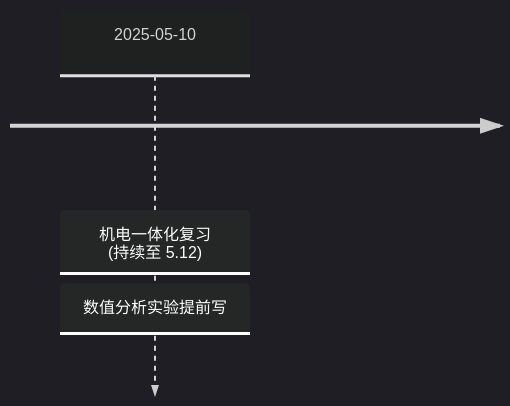
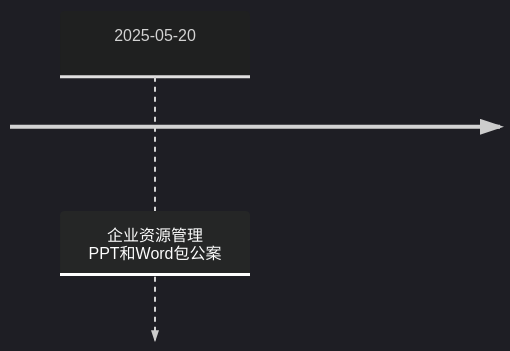
Before and after one commit to Sophomoresty/obsidian-notes: the third of 4 diagrams in 日记/规划.md, drawn with Mermaid. The commit also changed other lines of this file and 8 other files, not shown here.

````diff
--- a/日记/规划.md
+++ b/日记/规划.md
@@ -123,8 +101,7 @@
 ```mermaid
 %%{init: { 'logLevel': 'debug', 'theme': 'dark' } }%%
 timeline
 
-2025-05-10 : 机电一体化复习<br>(持续至 5.12)
-: 数值分析实验提前写
+2025-05-20 : 企业资源管理<br>PPT和Word包公案
 
 ```
````
